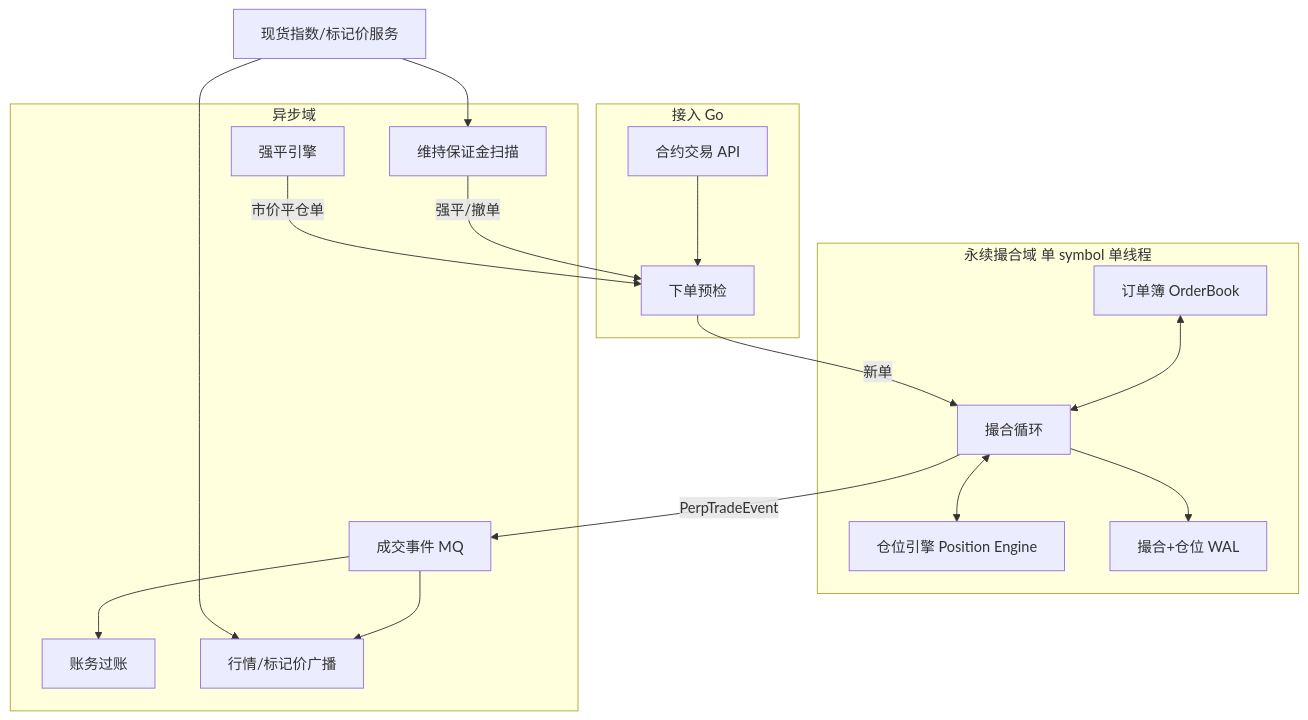
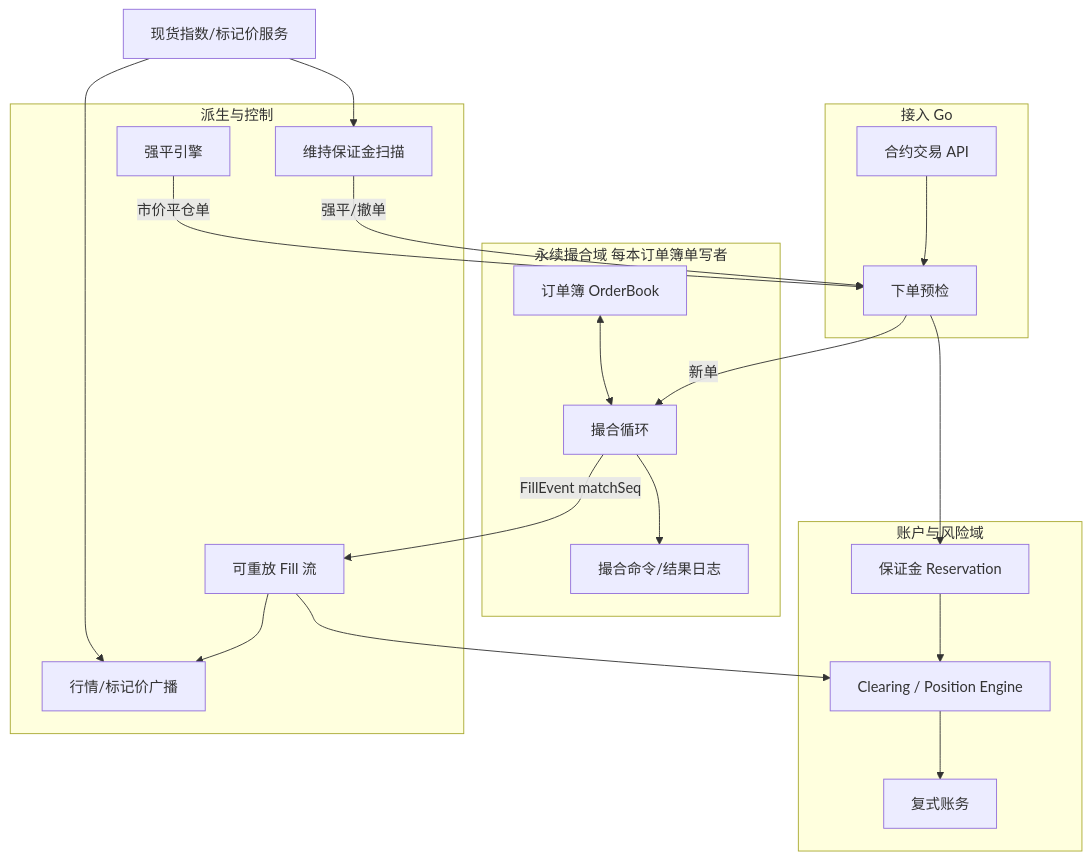
The first of 3 diagrams in docs/interview/14-dex-cex-engineering/S-EXCH-16-perpetual-matching-position.md (twodog-tt/Golang-development-manual), drawn with Mermaid before and after one commit. The commit also changed other lines of this file and 438 other files, not shown here.

````diff
--- a/docs/interview/14-dex-cex-engineering/S-EXCH-16-perpetual-matching-position.md
+++ b/docs/interview/14-dex-cex-engineering/S-EXCH-16-perpetual-matching-position.md
@@ -44,32 +52,36 @@
 ```mermaid
 flowchart TB
   subgraph Ingress[接入 Go]
     API[合约交易 API]
     Pre[下单预检]
   end
-  subgraph PerpME[永续撮合域 单 symbol 单线程]
+  subgraph PerpME[永续撮合域 每本订单簿单写者]
     OB[订单簿 OrderBook]
     Match[撮合循环]
-    PE[仓位引擎 Position Engine]
-    WAL[撮合+仓位 WAL]
+    WAL[撮合命令/结果日志]
     OB <--> Match
-    Match <--> PE
     Match --> WAL
   end
-  subgraph Async[异步域]
-    MQ[成交事件 MQ]
-    Ledger[账务过账]
+  subgraph Account[账户与风险域]
+    Reserve[保证金 Reservation]
+    Clear[Clearing / Position Engine]
+    Ledger[复式账务]
+    Reserve --> Clear --> Ledger
+  end
+  subgraph Async[派生与控制]
+    MQ[可重放 Fill 流]
     MD[行情/标记价广播]
     Risk[维持保证金扫描]
     Liq[强平引擎]
   end
   API --> Pre
+  Pre --> Reserve
   Pre -->|新单| Match
-  Match -->|PerpTradeEvent| MQ
-  MQ --> Ledger
+  Match -->|FillEvent matchSeq| MQ
+  MQ --> Clear
   MQ --> MD
   Risk -->|强平/撤单| Pre
   Liq -->|市价平仓单| Pre
   Index[现货指数/标记价服务] --> Risk
   Index --> MD
 ```
````
